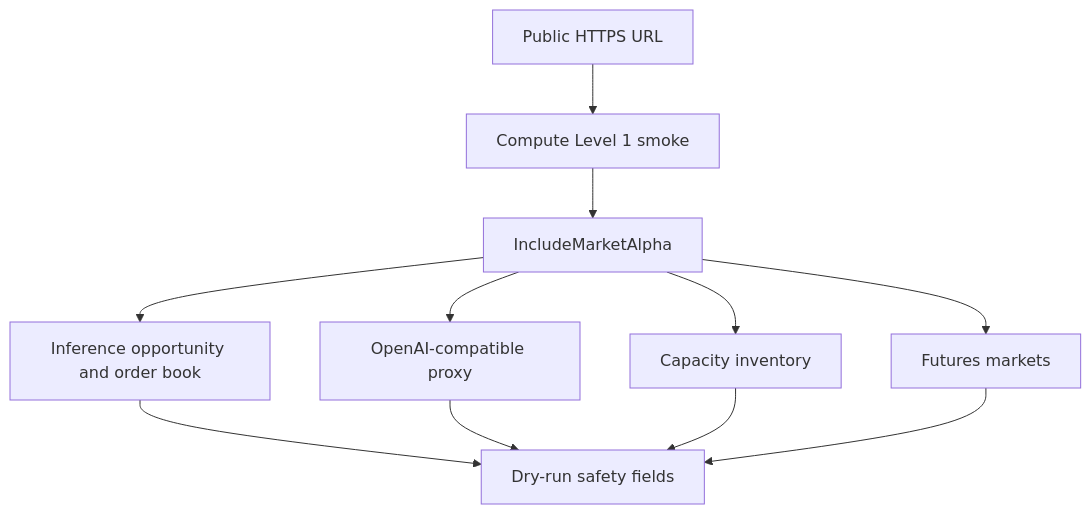
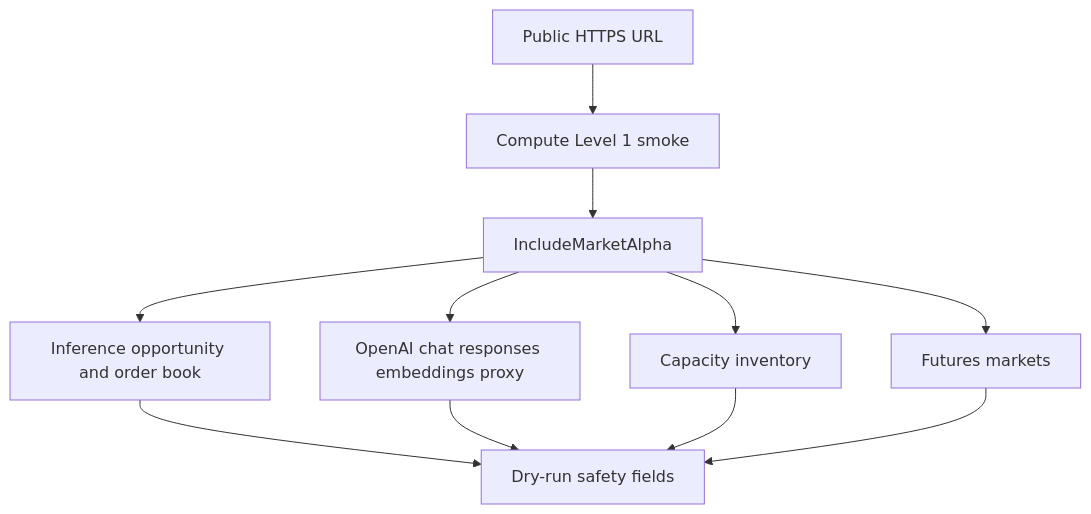
One commit to FlowmemoryAI/flow-memory changed the second of 2 diagrams in docs/ops/PUBLIC_DEPLOYMENT_BLOCKERS.md. Above: the diagram before and after it, drawn with Mermaid. The commit also changed other lines of this file and 3 other files, not shown here.

````diff
--- a/docs/ops/PUBLIC_DEPLOYMENT_BLOCKERS.md
+++ b/docs/ops/PUBLIC_DEPLOYMENT_BLOCKERS.md
@@ -51,13 +51,13 @@
 ```mermaid
 flowchart TD
     PublicURL[Public HTTPS URL] --> ComputeSmoke[Compute Level 1 smoke]
     ComputeSmoke --> MarketFlag[IncludeMarketAlpha]
     MarketFlag --> Inference[Inference opportunity and order book]
-    MarketFlag --> Proxy[OpenAI-compatible proxy]
+    MarketFlag --> Proxy[OpenAI chat responses embeddings proxy]
     MarketFlag --> Capacity[Capacity inventory]
     MarketFlag --> Futures[Futures markets]
     Inference --> Safety[Dry-run safety fields]
     Proxy --> Safety
     Capacity --> Safety
     Futures --> Safety
 ```
````
